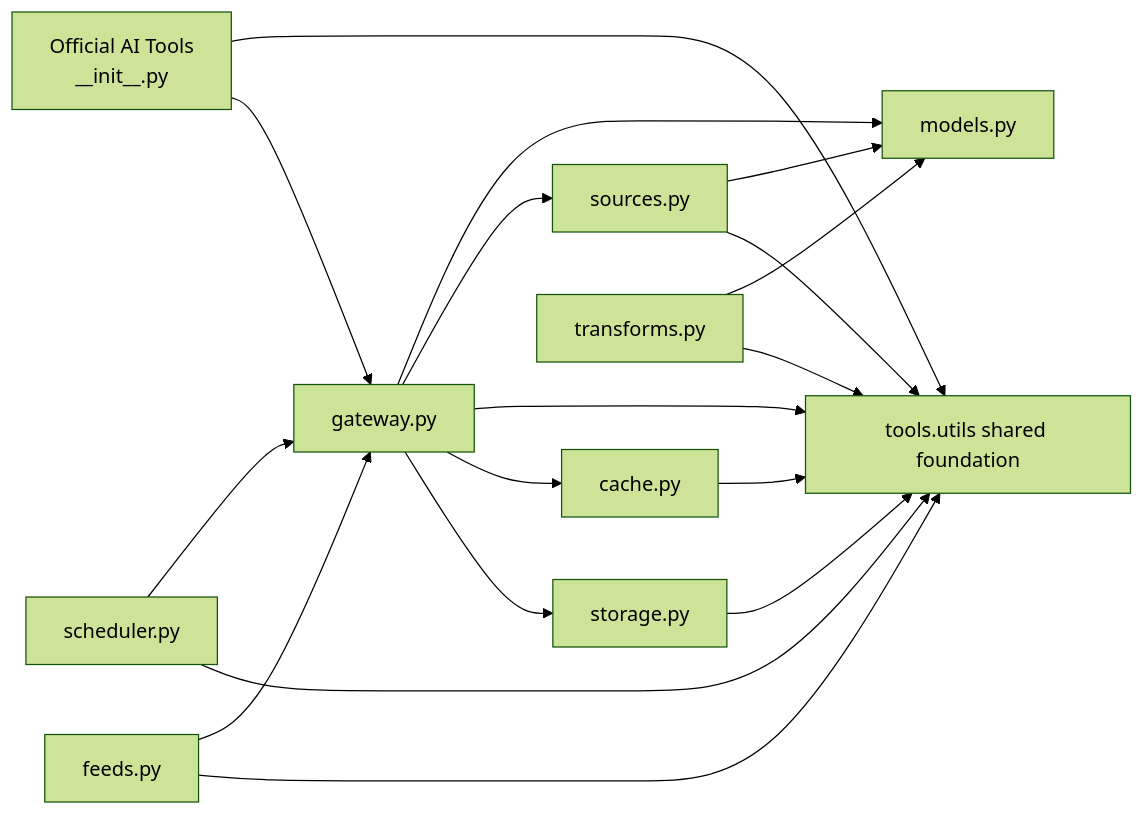
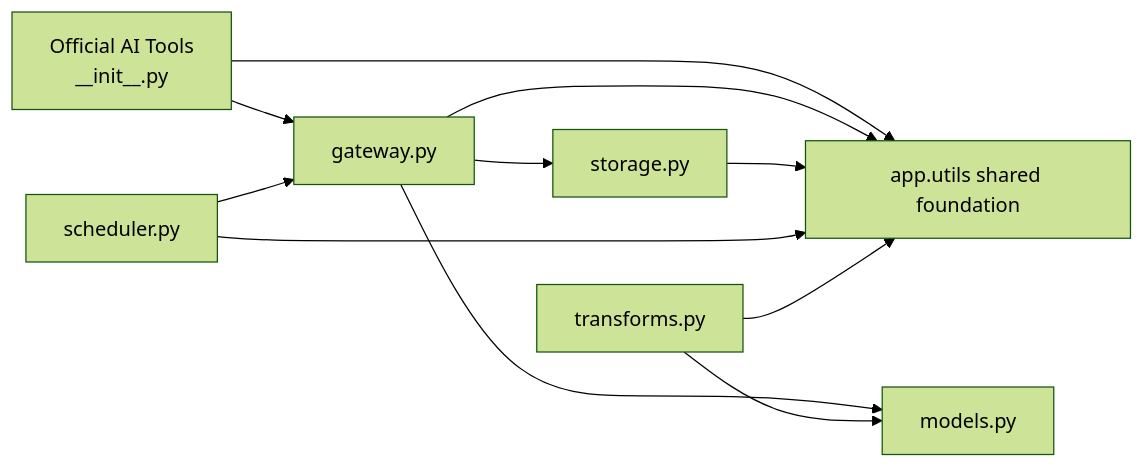
One commit to haruperi/Quant changed the first of 2 diagrams in docs/source-requirements/02-data.md. Above: the diagram before and after it, drawn with Mermaid (forest theme). The commit also changed other lines of this file and 54 other files, not shown here.

Commit message:
feat (data) : implement data services framework, multi-broker integration, and agentic tools architecture

````diff
--- a/docs/source-requirements/02-data.md
+++ b/docs/source-requirements/02-data.md
@@ -184,21 +173,14 @@
 ```mermaid
 flowchart LR
   Tools[Official AI Tools
-__init__.py] --> Utils[tools.utils shared foundation]
+__init__.py] --> Utils[app.utils shared foundation]
   Tools --> Gateway[gateway.py]
   Gateway --> Models[models.py]
-  Gateway --> Sources[sources.py]
-  Sources --> Models
   Gateway --> Utils
-  Sources --> Utils
-  Gateway --> Cache[cache.py]
   Gateway --> Storage[storage.py]
-  Cache --> Utils
   Storage --> Utils
   Scheduler[scheduler.py] --> Gateway
   Scheduler --> Utils
-  Feeds[feeds.py] --> Gateway
-  Feeds --> Utils
   Transforms[transforms.py] --> Models
   Transforms --> Utils
 ```
````
